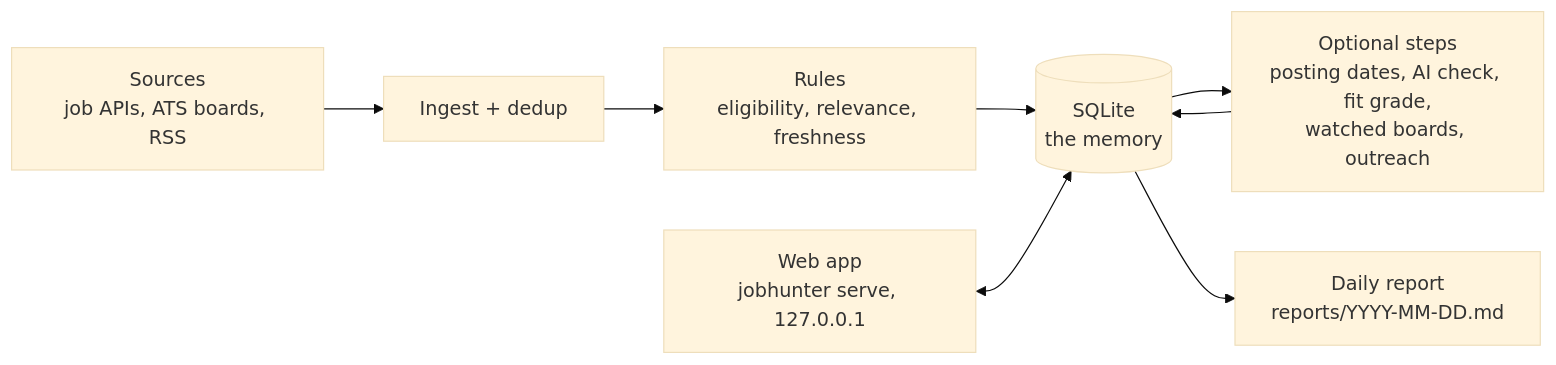
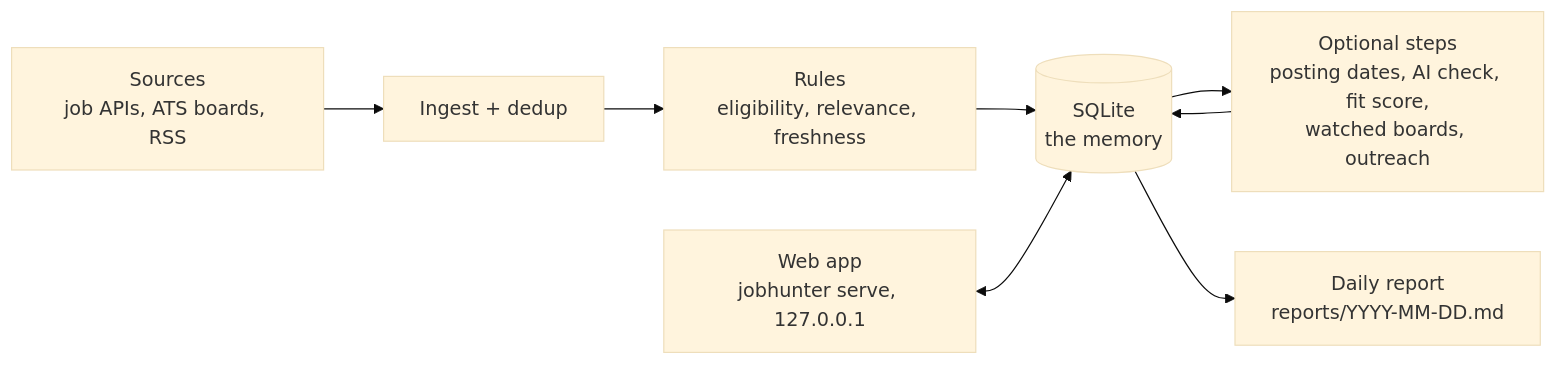
The diagram in README.md (mohamad-shoumar/job-hunter), drawn with Mermaid (base theme) before and after one commit. The commit also changed other lines of this file and 23 other files, not shown here.

First line of the commit message:
One fit score out of 100, from the user's rubric

````diff
--- a/README.md
+++ b/README.md
@@ -36,10 +36,10 @@
 ```mermaid
 flowchart LR
     S["Sources<br/>job APIs, ATS boards, RSS"] --> I["Ingest + dedup"]
     I --> R["Rules<br/>eligibility, relevance, freshness"]
     R --> DB[("SQLite<br/>the memory")]
-    DB --> O["Optional steps<br/>posting dates, AI check, fit grade,<br/>watched boards, outreach"]
+    DB --> O["Optional steps<br/>posting dates, AI check, fit score,<br/>watched boards, outreach"]
     O --> DB
     DB --> REP["Daily report<br/>reports/YYYY-MM-DD.md"]
     W["Web app<br/>jobhunter serve, 127.0.0.1"] <--> DB
 ```
````
